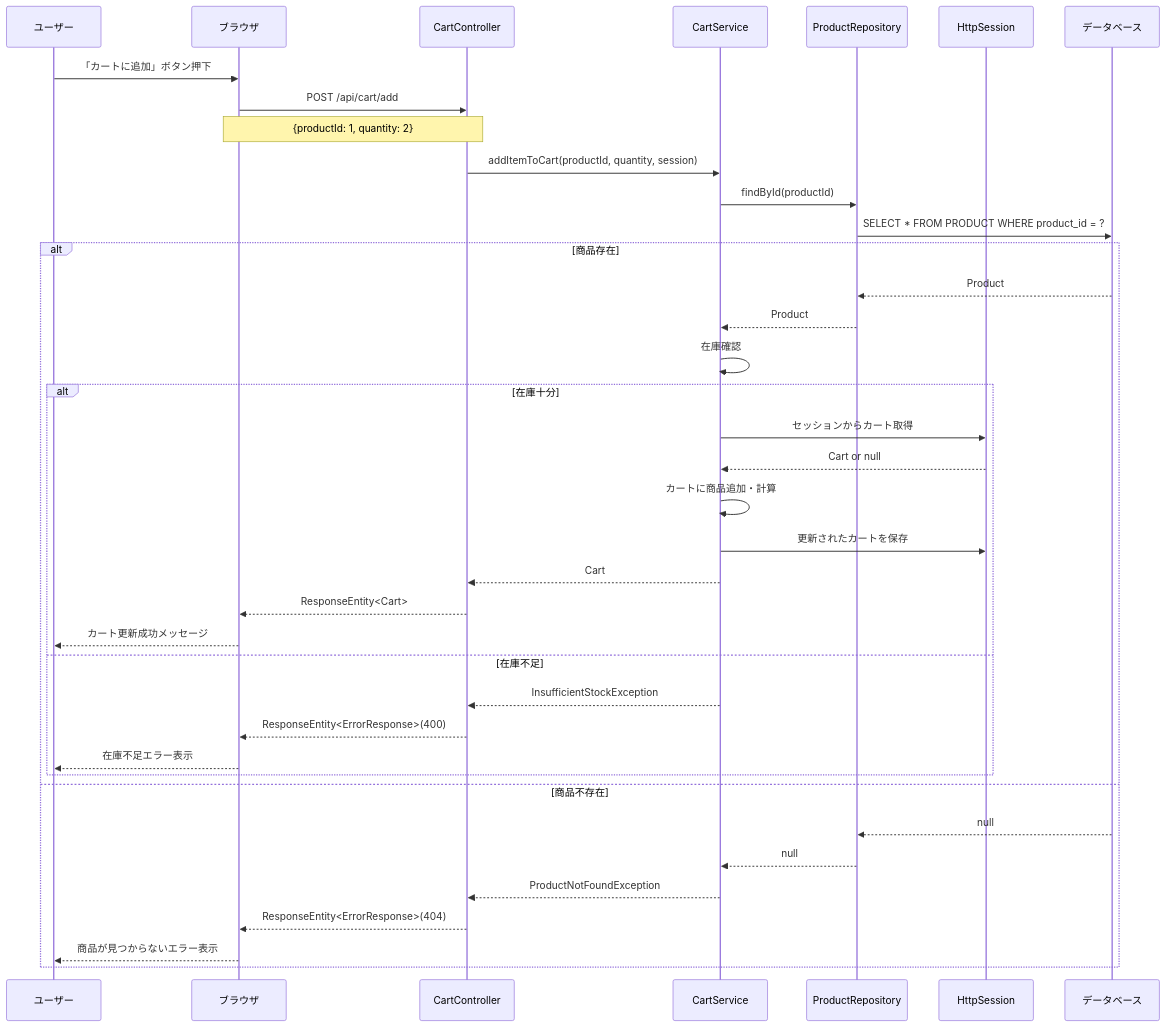
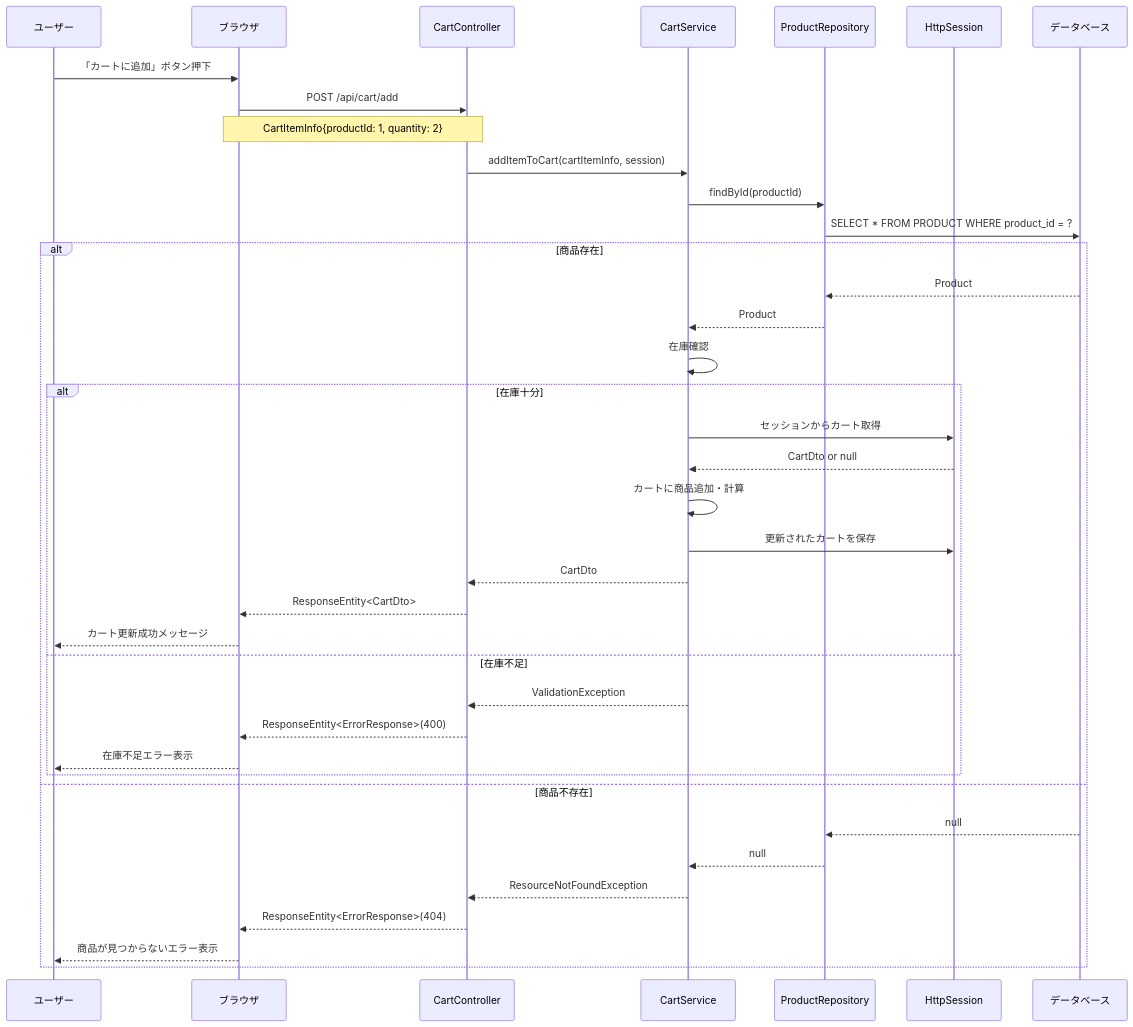
The fifth of 17 diagrams in 詳細設計/3_sequence.md (shogomaeda758/Bacon), drawn with Mermaid before and after one commit. The commit also changed other lines of this file and 2 other files, not shown here.

````diff
--- a/詳細設計/3_sequence.md
+++ b/詳細設計/3_sequence.md
@@ -153,42 +192,42 @@
 ```mermaid
 sequenceDiagram
     participant U as ユーザー
     participant B as ブラウザ
     participant CC as CartController
     participant CS as CartService
     participant PR as ProductRepository
     participant S as HttpSession
     participant DB as データベース
 
     U->>B: 「カートに追加」ボタン押下
     B->>CC: POST /api/cart/add
-    Note over B,CC: {productId: 1, quantity: 2}
-    CC->>CS: addItemToCart(productId, quantity, session)
+    Note over B,CC: CartItemInfo{productId: 1, quantity: 2}
+    CC->>CS: addItemToCart(cartItemInfo, session)
     CS->>PR: findById(productId)
     PR->>DB: SELECT * FROM PRODUCT WHERE product_id = ?
     
     alt 商品存在
         DB-->>PR: Product
         PR-->>CS: Product
         CS->>CS: 在庫確認
         alt 在庫十分
             CS->>S: セッションからカート取得
-            S-->>CS: Cart or null
+            S-->>CS: CartDto or null
             CS->>CS: カートに商品追加・計算
             CS->>S: 更新されたカートを保存
-            CS-->>CC: Cart
-            CC-->>B: ResponseEntity<Cart>
+            CS-->>CC: CartDto
+            CC-->>B: ResponseEntity<CartDto>
             B-->>U: カート更新成功メッセージ
         else 在庫不足
-            CS-->>CC: InsufficientStockException
+            CS-->>CC: ValidationException
             CC-->>B: ResponseEntity<ErrorResponse>(400)
             B-->>U: 在庫不足エラー表示
         end
     else 商品不存在
         DB-->>PR: null
         PR-->>CS: null
-        CS-->>CC: ProductNotFoundException
+        CS-->>CC: ResourceNotFoundException
         CC-->>B: ResponseEntity<ErrorResponse>(404)
         B-->>U: 商品が見つからないエラー表示
     end
 ```
````
